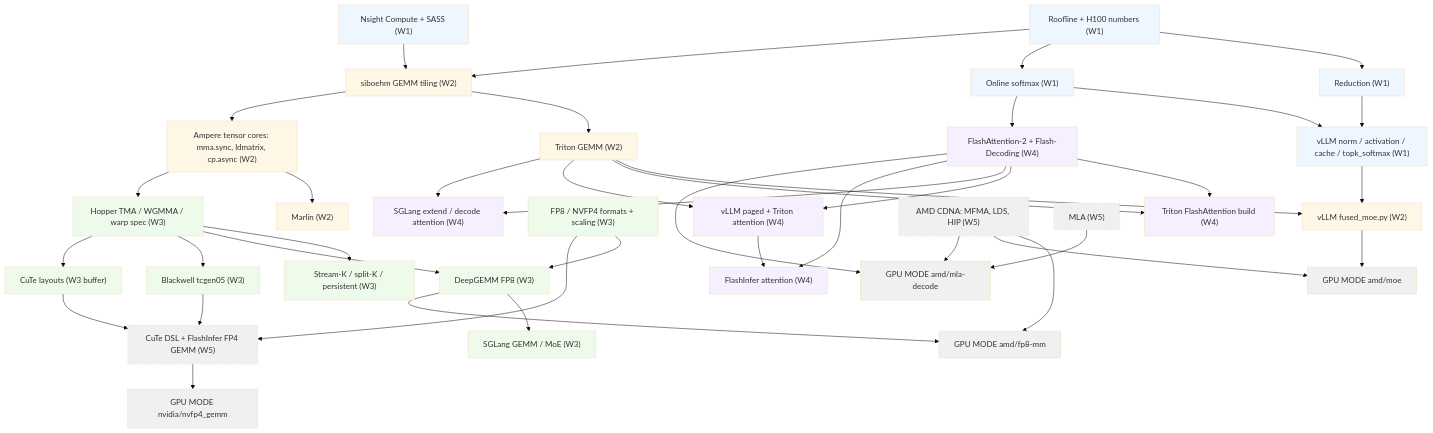
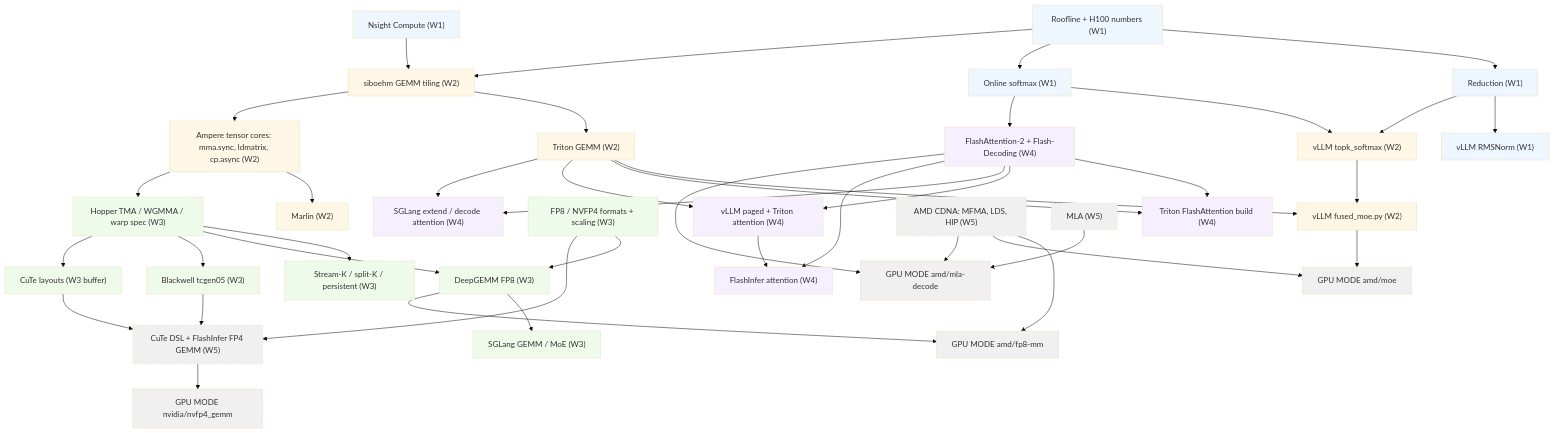
The diagram in PREREQS.md (Exorust/gpu-kernels-plan), drawn with Mermaid (base theme) before and after one commit. The commit also changed 1 other file, not shown here.

Commit message:
Lighten Week 1: one task per day
Reduction trimmed to versions 1-3, softmax split into a paper day and a
build day, profiling cut to three metrics. topk_softmax moves to Week 2
next to fused_moe; cache_kernels moves to Week 4 next to paged attention.

````diff
--- a/PREREQS.md
+++ b/PREREQS.md
@@ -5,63 +5,65 @@
 ```mermaid
 graph TD
   classDef w1 fill:#eef6ff
   classDef w2 fill:#fff7e6
   classDef w3 fill:#eefbea
   classDef w4 fill:#f6efff
   classDef w5 fill:#f0f0f0
   classDef opt stroke-dasharray:5 5,fill:#f0f0f0
 
   roof["Roofline + H100 numbers (W1)"]:::w1
   red["Reduction (W1)"]:::w1
   smx["Online softmax (W1)"]:::w1
-  ncu["Nsight Compute + SASS (W1)"]:::w1
-  simple["vLLM norm / activation / cache / topk_softmax (W1)"]:::w1
+  ncu["Nsight Compute (W1)"]:::w1
+  simple["vLLM RMSNorm (W1)"]:::w1
+  topk["vLLM topk_softmax (W2)"]:::w2
 
   tile["siboehm GEMM tiling (W2)"]:::w2
   tri["Triton GEMM (W2)"]:::w2
   mma["Ampere tensor cores: mma.sync, ldmatrix, cp.async (W2)"]:::w2
   marlin["Marlin (W2)"]:::w2
   fmoe["vLLM fused_moe.py (W2)"]:::w2
 
   hop["Hopper TMA / WGMMA / warp spec (W3)"]:::w3
   sk["Stream-K / split-K / persistent (W3)"]:::w3
   lp["FP8 / NVFP4 formats + scaling (W3)"]:::w3
   dg["DeepGEMM FP8 (W3)"]:::w3
   bw["Blackwell tcgen05 (W3)"]:::w3
   sgemm["SGLang GEMM / MoE (W3)"]:::w3
   cute["CuTe layouts (W3 buffer)"]:::w3
 
   fa["FlashAttention-2 + Flash-Decoding (W4)"]:::w4
   fabuild["Triton FlashAttention build (W4)"]:::w4
   vattn["vLLM paged + Triton attention (W4)"]:::w4
   sattn["SGLang extend / decode attention (W4)"]:::w4
   fiattn["FlashInfer attention (W4)"]:::w4
 
   cutedsl["CuTe DSL + FlashInfer FP4 GEMM (W5)"]:::opt
   amd["AMD CDNA: MFMA, LDS, HIP (W5)"]:::opt
   mla["MLA (W5)"]:::opt
   gm_nv["GPU MODE nvidia/nvfp4_gemm"]:::w5
   gm_fp8["GPU MODE amd/fp8-mm"]:::w5
   gm_moe["GPU MODE amd/moe"]:::w5
   gm_mla["GPU MODE amd/mla-decode"]:::w5
 
   roof --> red & smx & tile
   ncu --> tile
   red --> simple
-  smx --> simple & fa
+  smx --> topk & fa
   tile --> tri & mma
   mma --> marlin & hop
   tri --> fmoe & fabuild & vattn & sattn
-  simple --> fmoe
+  red --> topk
+  topk --> fmoe
   hop --> sk & dg & bw & cute
   lp --> dg & cutedsl
   dg --> sgemm & gm_fp8
   fa --> fabuild & vattn & sattn & fiattn & gm_mla
   vattn --> fiattn
   bw --> cutedsl
   cute --> cutedsl
   cutedsl --> gm_nv
   amd --> gm_fp8 & gm_moe & gm_mla
   fmoe --> gm_moe
   mla --> gm_mla
 ```
````
